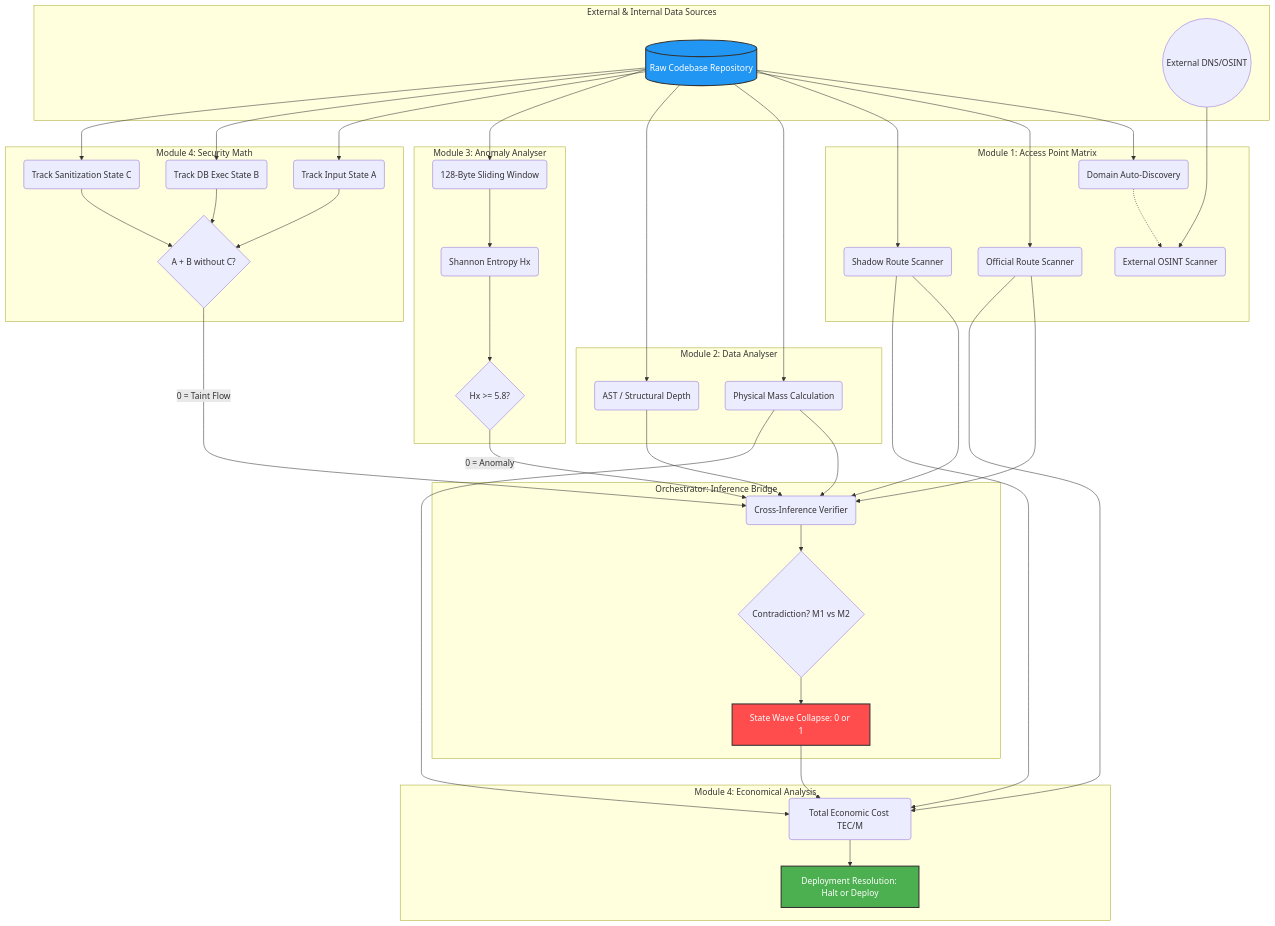
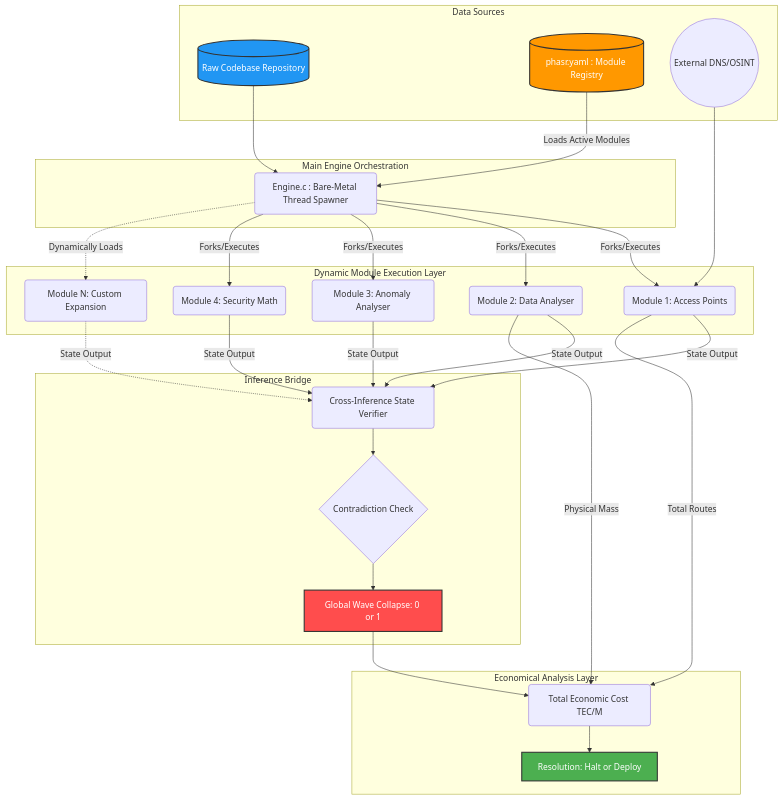
Before and after one commit to Zeo120/ZTL-Tech: the diagram in Documents/DataFlow_Architecture.md, drawn with Mermaid. The commit also changed other lines of this file, not shown here.

Commit message:
docs(phasr-model): update architecture to reflect Dynamic Module Registry and Module N scaling

````diff
--- a/Documents/DataFlow_Architecture.md
+++ b/Documents/DataFlow_Architecture.md
@@ -7,92 +7,63 @@
 ```mermaid
 graph TD
     %% Define Data Inputs
-    subgraph Data_Ingestion [External & Internal Data Sources]
+    subgraph Data_Ingestion [Data Sources]
         Codebase[(Raw Codebase Repository)]
+        Manifest[(phasr.yaml : Module Registry)]
         Internet((External DNS/OSINT))
     end
 
-    %% Module 1: Access Points
-    subgraph M1 [Module 1: Access Point Matrix]
-        M1_AutoDiscover(Domain Auto-Discovery)
-        M1_OSINT(External OSINT Scanner)
-        M1_Official(Official Route Scanner)
-        M1_Shadow(Shadow Route Scanner)
-        
-        M1_AutoDiscover -.-> M1_OSINT
+    %% Dynamic Main Engine
+    subgraph Core [Main Engine Orchestration]
+        Engine(Engine.c : Bare-Metal Thread Spawner)
     end
 
-    %% Module 2: Data Analyser
-    subgraph M2 [Module 2: Data Analyser]
-        M2_Mass(Physical Mass Calculation)
-        M2_AST(AST / Structural Depth)
+    Manifest -->|Loads Active Modules| Engine
+    Codebase --> Engine
+
+    %% Dynamic Module Execution Layer
+    subgraph Modules [Dynamic Module Execution Layer]
+        M1(Module 1: Access Points)
+        M2(Module 2: Data Analyser)
+        M3(Module 3: Anomaly Analyser)
+        M4(Module 4: Security Math)
+        MN(Module N: Custom Expansion)
     end
 
-    %% Module 3: Anomaly Analyser
-    subgraph M3 [Module 3: Anomaly Analyser]
-        M3_Window(128-Byte Sliding Window)
-        M3_Entropy(Shannon Entropy Hx)
-        M3_Collapse{Hx >= 5.8?}
+    Engine -->|Forks/Executes| M1
+    Engine -->|Forks/Executes| M2
+    Engine -->|Forks/Executes| M3
+    Engine -->|Forks/Executes| M4
+    Engine -.->|Dynamically Loads| MN
+    
+    Internet --> M1
+
+    %% Orchestration / Hardware Bridge
+    subgraph Bridge [Inference Bridge]
+        CrossVerify(Cross-Inference State Verifier)
+        ParanoiaCheck{Contradiction Check}
+        WaveCollapse[Global Wave Collapse: 0 or 1]
     end
 
-    %% Module 4: Security Math (Taint/Data Flow)
-    subgraph M4 [Module 4: Security Math]
-        M4_Input(Track Input State A)
-        M4_DB(Track DB Exec State B)
-        M4_Sanitize(Track Sanitization State C)
-        M4_Equation{A + B without C?}
-    end
+    M1 -->|State Output| CrossVerify
+    M2 -->|State Output| CrossVerify
+    M3 -->|State Output| CrossVerify
+    M4 -->|State Output| CrossVerify
+    MN -.->|State Output| CrossVerify
 
-    %% Orchestration / Hardware Bridge
-    subgraph Bridge [Orchestrator: Inference Bridge]
-        CrossVerify(Cross-Inference Verifier)
-        ParanoiaCheck{Contradiction? M1 vs M2}
-        WaveCollapse[State Wave Collapse: 0 or 1]
-    end
-
-    %% Business Logic / OCaml
-    subgraph Econ [Module 4: Economical Analysis]
-        TEC(Total Economic Cost TEC/M)
-        DeployStatus[Deployment Resolution: Halt or Deploy]
-    end
-
-    %% Wiring the Data Flow
-    Codebase --> M1_AutoDiscover
-    Codebase --> M1_Official
-    Codebase --> M1_Shadow
-    Internet --> M1_OSINT
-
-    Codebase --> M2_Mass
-    Codebase --> M2_AST
-
-    Codebase --> M3_Window
-    M3_Window --> M3_Entropy
-    M3_Entropy --> M3_Collapse
-
-    Codebase --> M4_Input
-    Codebase --> M4_DB
-    Codebase --> M4_Sanitize
-    M4_Input --> M4_Equation
-    M4_DB --> M4_Equation
-    M4_Sanitize --> M4_Equation
-
-    %% Routing to the Bridge
-    M1_Official --> CrossVerify
-    M1_Shadow --> CrossVerify
-    M2_Mass --> CrossVerify
-    M2_AST --> CrossVerify
-    M3_Collapse -- "0 = Anomaly" --> CrossVerify
-    M4_Equation -- "0 = Taint Flow" --> CrossVerify
-
-    %% Bridge Resolution
     CrossVerify --> ParanoiaCheck
     ParanoiaCheck --> WaveCollapse
 
+    %% Business Logic / OCaml
+    subgraph Econ [Economical Analysis Layer]
+        TEC(Total Economic Cost TEC/M)
+        DeployStatus[Resolution: Halt or Deploy]
+    end
+
     %% Final Economic Routing
     WaveCollapse --> TEC
-    M2_Mass --> TEC
-    M1_Official --> TEC
-    M1_Shadow --> TEC
+    M2 -->|Physical Mass| TEC
+    M1 -->|Total Routes| TEC
     
     TEC --> DeployStatus
 
@@ -100,4 +71,5 @@
     style WaveCollapse fill:#ff4d4d,stroke:#333,stroke-width:2px,color:#fff
     style DeployStatus fill:#4CAF50,stroke:#333,stroke-width:2px,color:#fff
     style Codebase fill:#2196F3,stroke:#333,stroke-width:2px,color:#fff
+    style Manifest fill:#FF9800,stroke:#333,stroke-width:2px,color:#fff
 ```
````
